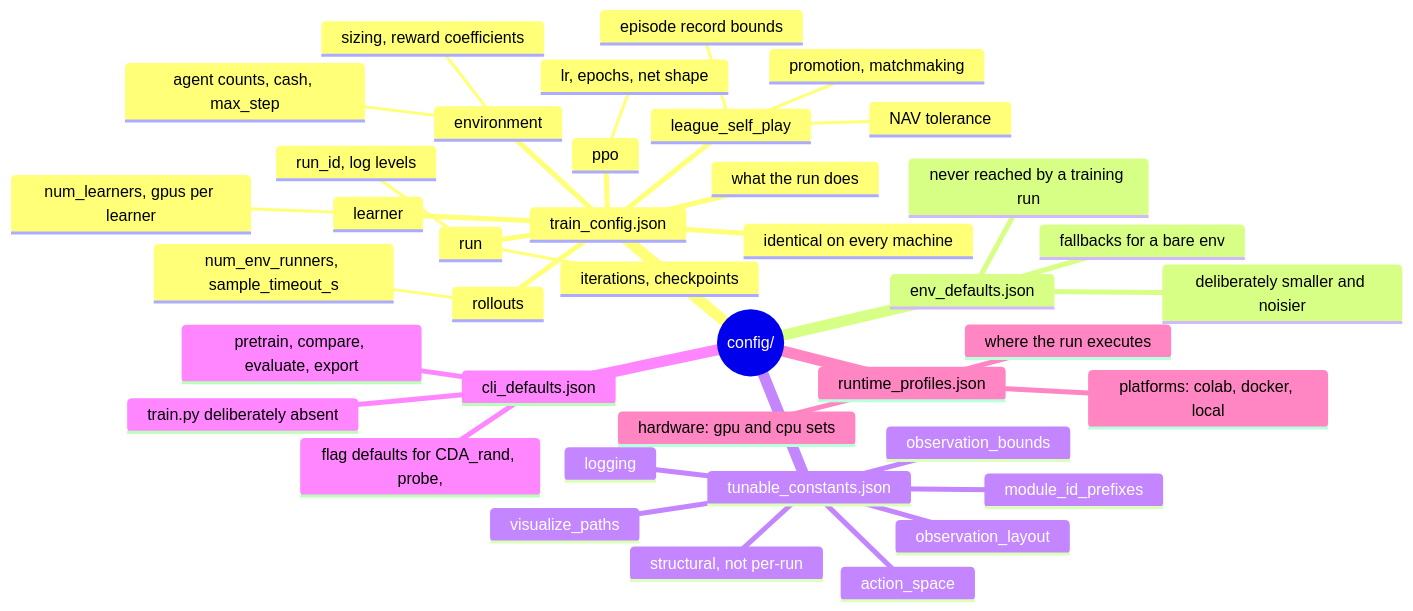
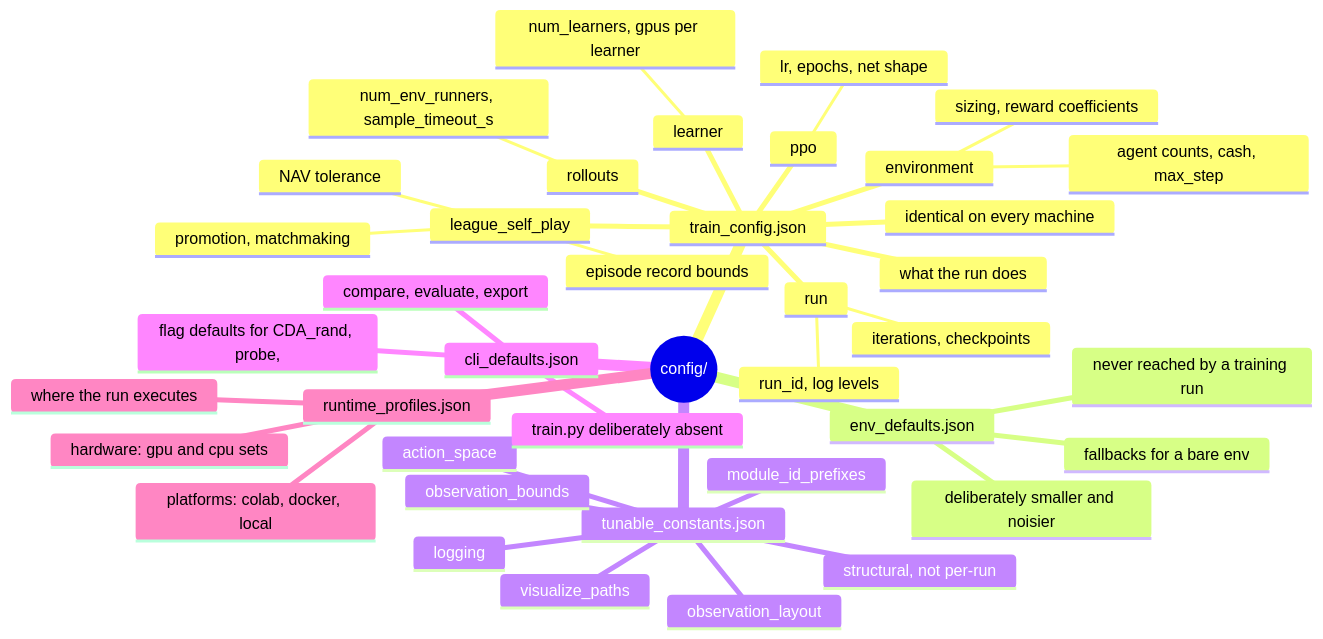
Before and after one commit to ChuaCheowHuan/gym-continuousDoubleAuction: the first of 3 diagrams in docs/18_configuration.md, drawn with Mermaid. The commit also changed other lines of this file and 16 other files, not shown here.

````diff
--- a/docs/18_configuration.md
+++ b/docs/18_configuration.md
@@ -30,43 +30,43 @@
 ```mermaid
 mindmap
   root((config/))
     train_config.json
       what the run does
       identical on every machine
       environment
         agent counts, cash, max_step
         sizing, reward coefficients
       rollouts
         num_env_runners, sample_timeout_s
       learner
         num_learners, gpus per learner
       ppo
         lr, epochs, net shape
       league_self_play
         promotion, matchmaking
         episode record bounds
         NAV tolerance
       run
         iterations, checkpoints
         run_id, log levels
     env_defaults.json
       fallbacks for a bare env
       deliberately smaller and noisier
       never reached by a training run
     tunable_constants.json
       structural, not per-run
       observation_layout
       observation_bounds
       action_space
       module_id_prefixes
       logging
       visualize_paths
     cli_defaults.json
       flag defaults for CDA_rand, probe,
-      pretrain, compare, evaluate, export
+      compare, evaluate, export
       train.py deliberately absent
     runtime_profiles.json
       where the run executes
       hardware: gpu and cpu sets
       platforms: colab, docker, local
 ```
````
